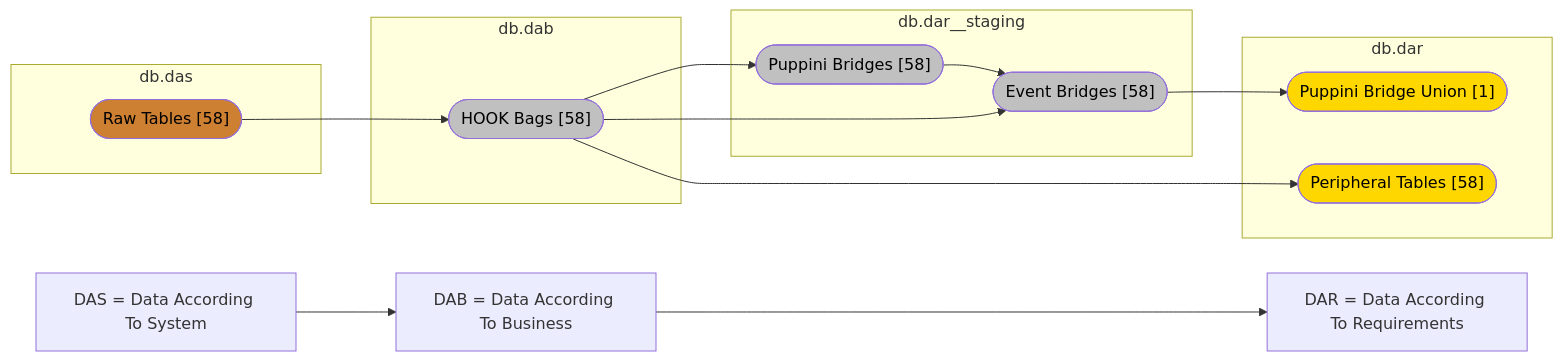
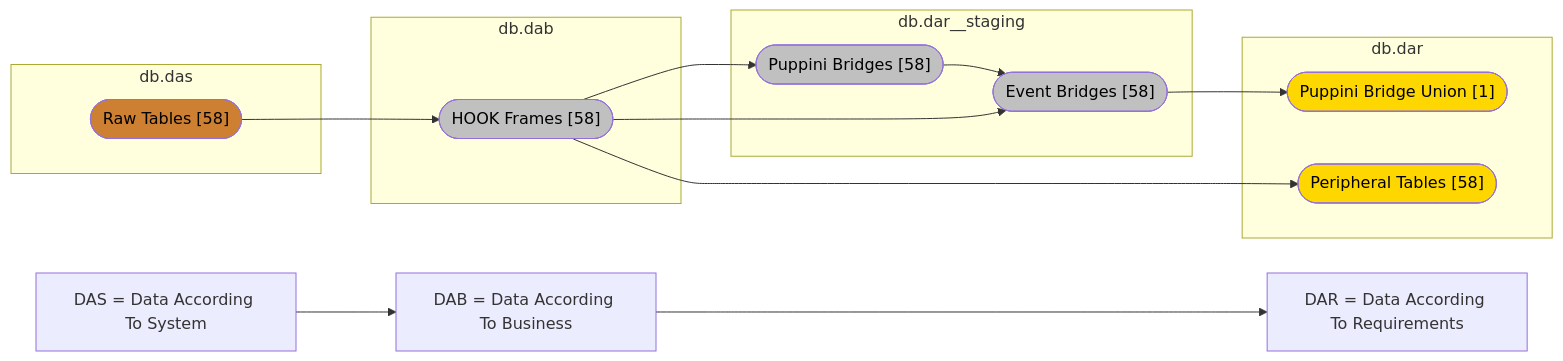
One commit to mattiasthalen/adventure-works changed the second of 4 diagrams in README.md. Above: the diagram before and after it, drawn with Mermaid. The commit also changed other lines of this file and 242 other files, not shown here.

````diff
--- a/README.md
+++ b/README.md
@@ -97,32 +97,32 @@
 ```mermaid
 flowchart LR
     classDef bronze fill:#CD7F32,color:black
     classDef silver fill:#C0C0C0,color:black
     classDef gold fill:#FFD700,color:black
 
     subgraph das["db.das"]
         raw(["Raw Tables [58]"]):::bronze
     end
 
     subgraph dab["db.dab"]
-        hook(["HOOK Bags [58]"]):::silver
+        hook(["HOOK Frames [58]"]):::silver
     end
 
     subgraph dar_stg["db.dar__staging"]
         bridges(["Puppini Bridges [58]"]):::silver
         event_bridges(["Event Bridges [58]"]):::silver
     end
 
     subgraph dar["db.dar"]
         bridge_union(["Puppini Bridge Union [1]"]):::gold
         peripheral(["Peripheral Tables [58]"]):::gold
     end
 
     raw --> hook --> bridges --> event_bridges --> bridge_union
     hook --> event_bridges
     hook --> peripheral
 
     legend_das["DAS = Data According To System"] -->
     legend_dab["DAB = Data According To Business"] ---->
     legend_dar["DAR = Data According To Requirements"]
 ```
````
